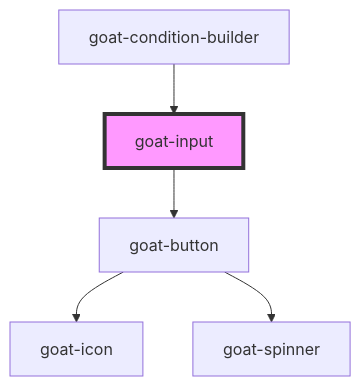
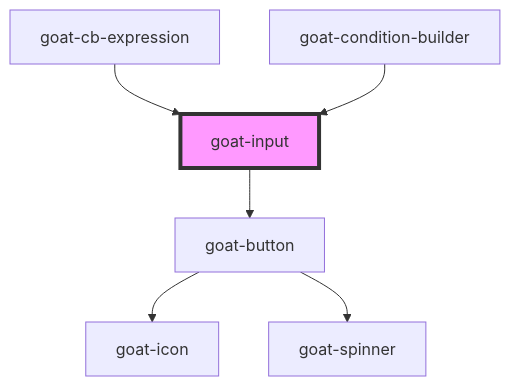
One commit to goatui/components changed the diagram in src/components/data-entry/input/input/readme.md. Above: the diagram before and after it, drawn with Mermaid. The commit also changed other lines of this file and 23 other files, not shown here.

````diff
--- a/src/components/data-entry/input/input/readme.md
+++ b/src/components/data-entry/input/input/readme.md
@@ -85,8 +86,9 @@
 ```mermaid
 graph TD;
   goat-input --> goat-button
   goat-button --> goat-icon
   goat-button --> goat-spinner
+  goat-cb-expression --> goat-input
   goat-condition-builder --> goat-input
   style goat-input fill:#f9f,stroke:#333,stroke-width:4px
 ```
````
